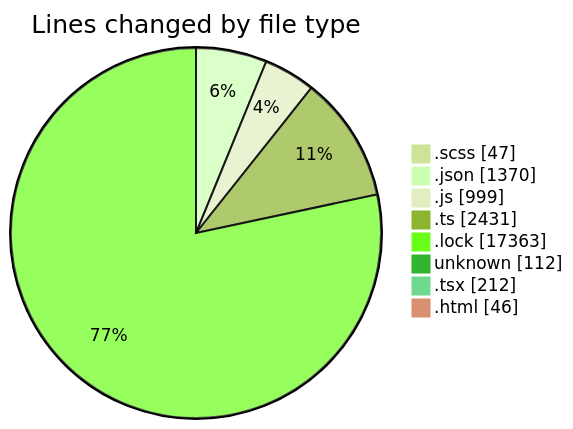
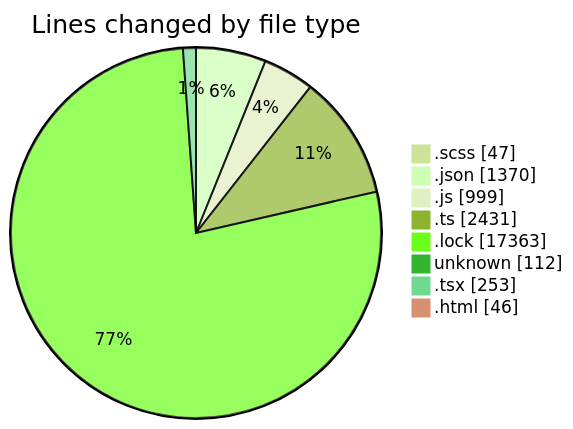
The first of 2 diagrams in 2026-04-21/cda/README.md (momahboobian/code-tracking), drawn with Mermaid (forest theme) before and after one commit. The commit also changed other lines of this file and 1 other file, not shown here.

````diff
--- a/2026-04-21/cda/README.md
+++ b/2026-04-21/cda/README.md
@@ -54,12 +54,12 @@
 ```mermaid
 pie showData
 title Lines changed by file type
 ".scss" : 47
 ".json" : 1370
 ".js" : 999
 ".ts" : 2431
 ".lock" : 17363
 "unknown" : 112
-".tsx" : 212
+".tsx" : 253
 ".html" : 46
 ```
````
